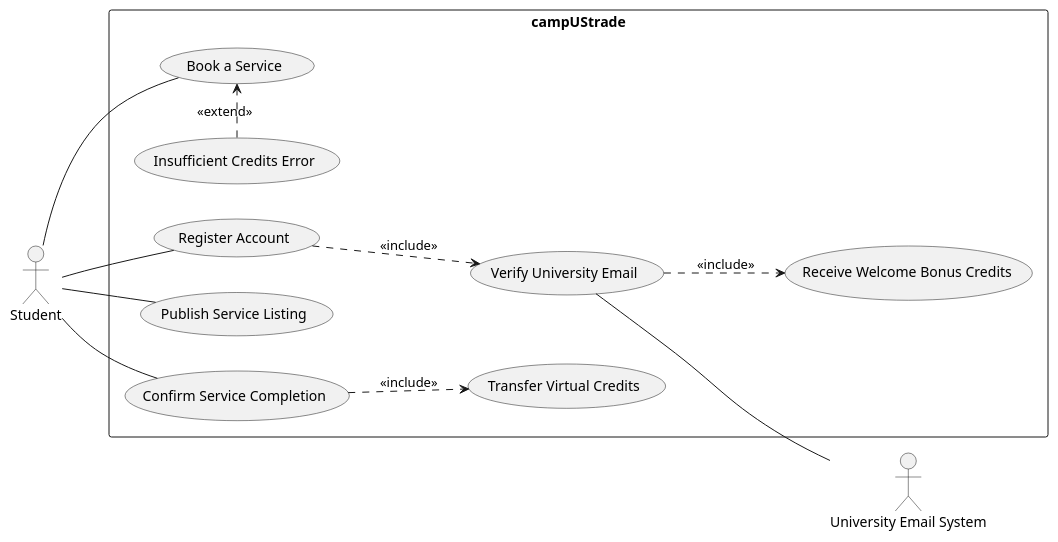
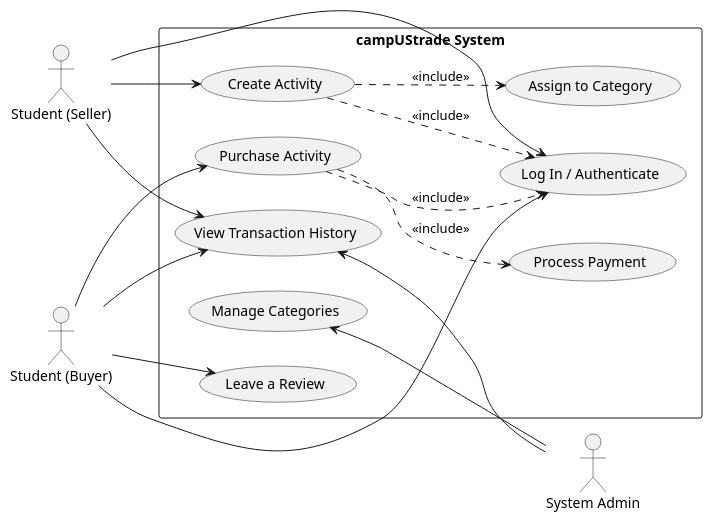
Before and after one commit to Daniel3eConte/SE_Labs_Portfolio: the diagram in Project/UML_UseCase_campUStrade.puml, drawn with PlantUML. The commit also changed 4 other files, not shown here.

```diff
--- a/Project/UML_UseCase_campUStrade.puml
+++ b/Project/UML_UseCase_campUStrade.puml
@@ -1,33 +1,43 @@
 @startuml
 left to right direction
 skinparam packageStyle rectangle
 
-actor "Student" as student
-actor "University Email System" as email_sys
+actor "Student (Seller)" as Seller
+actor "Student (Buyer)" as Buyer
+actor "System Admin" as Admin
 
-rectangle "campUStrade" {
+package "campUStrade System" {
+  usecase "Log In / Authenticate" as UC0
+  usecase "Create Activity" as UC1
+  usecase "Manage Categories" as UC2
+  usecase "Purchase Activity" as UC3
+  usecase "Leave a Review" as UC4
+  usecase "View Transaction History" as UC5
+  usecase "Assign to Category" as UC_Assign
+  usecase "Process Payment" as UC_Payment
+}
 
-  usecase "Receive Welcome Bonus Credits" as Bonus
-  usecase "Register Account" as Reg
-  usecase "Verify University Email" as Verify
-  usecase "Publish Service Listing" as Publish
-  usecase "Book a Service" as Book
-  usecase "Insufficient Credits Error" as NoCreds
-  usecase "Confirm Service Completion" as Confirm
-  usecase "Transfer Virtual Credits" as Transfer
+' Relazioni per il Venditore
+Seller --> UC0
+Seller --> UC1
+Seller --> UC5
 
-  
-  student -- Reg
-  student -- Publish
-  student -- Book
-  student -- Confirm
+' Relazioni per il Compratore
+Buyer --> UC0
+Buyer --> UC3
+Buyer --> UC4
+Buyer --> UC5
 
-  Verify -- email_sys
+' Relazioni per l'Admin
+ UC2<--  Admin
+ UC5<--  Admin
 
-  Reg ..> Verify : <<include>>
-  Verify ..> Bonus : <<include>>
-  Confirm ..> Transfer : <<include>>
-  
-  NoCreds .> Book : <<extend>>
-}
+' Inclusioni (Logiche di sistema automatiche)
+UC1 ..> UC_Assign : <<include>>
+UC3 ..> UC_Payment : <<include>>
+
+' L'autenticazione è un pre-requisito per creare o comprare
+UC1 ..> UC0 : <<include>>
+UC3 ..> UC0 : <<include>>
+
 @enduml
```
